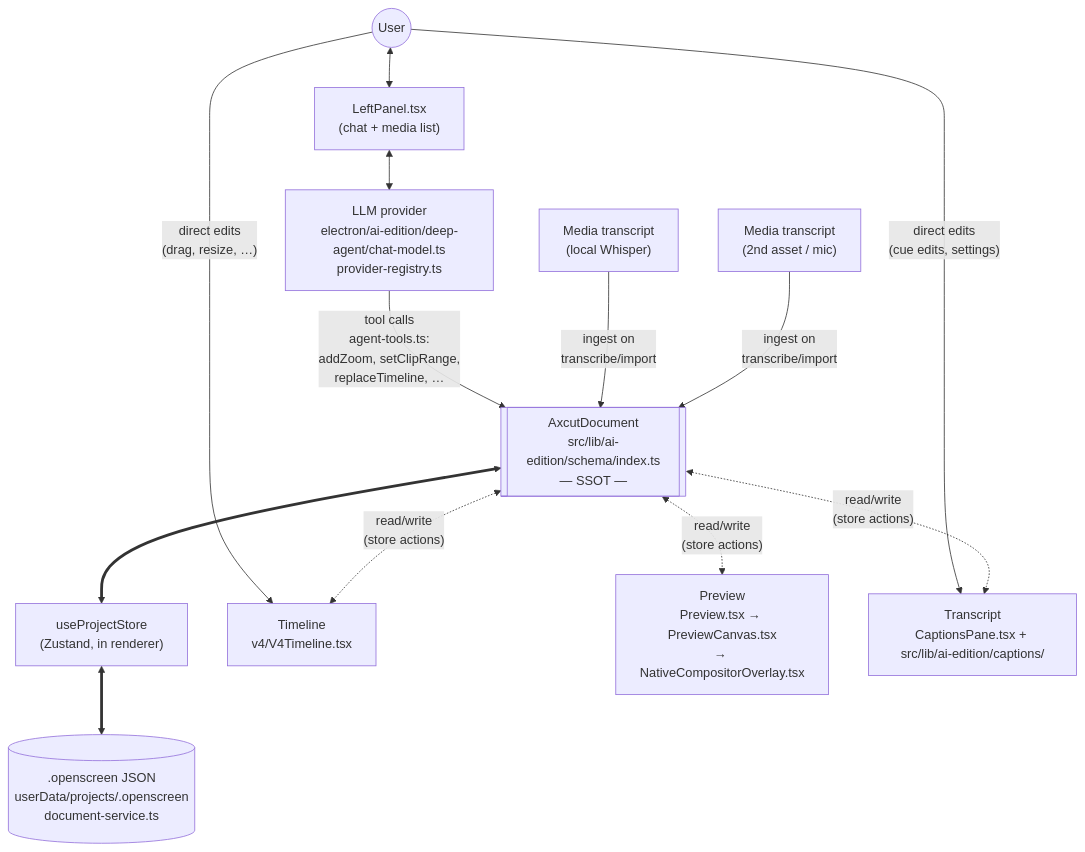
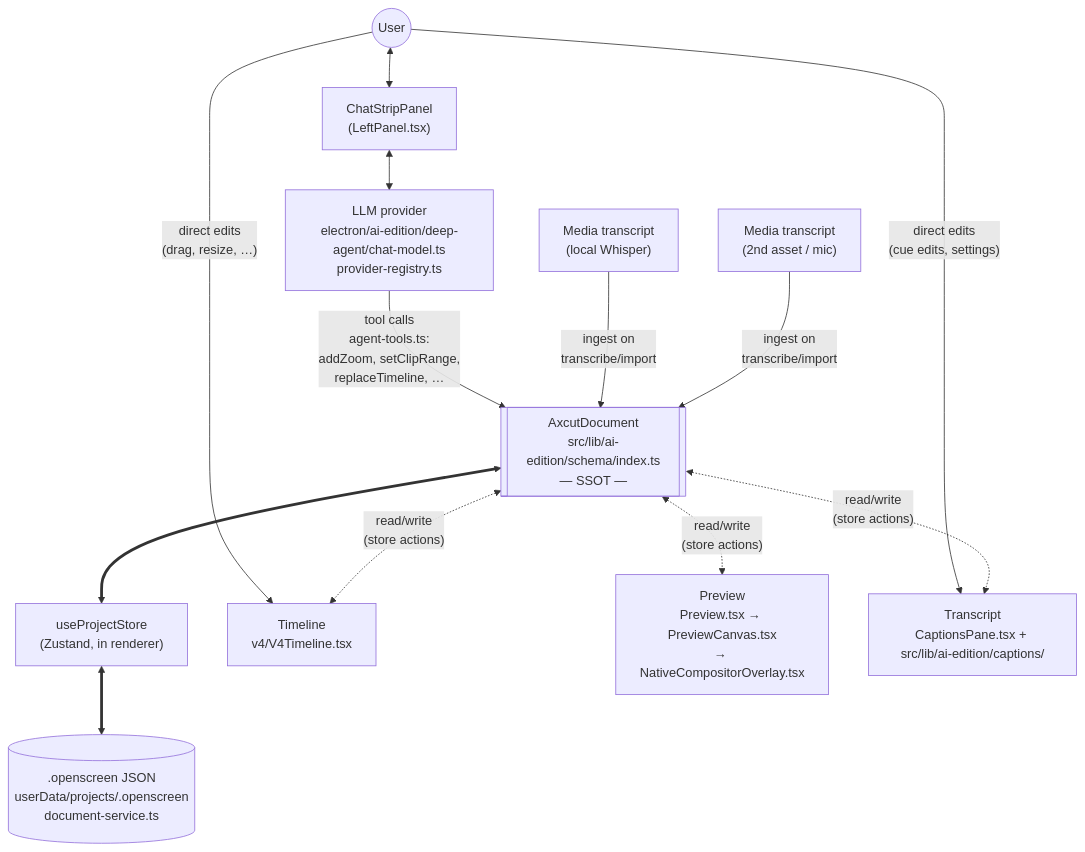
One commit to EtienneLescot/openscreen changed the second of 2 diagrams in technical-documentation/architecture/overview.md. Above: the diagram before and after it, drawn with Mermaid. The commit also changed 41 other files, not shown here.

````diff
--- a/technical-documentation/architecture/overview.md
+++ b/technical-documentation/architecture/overview.md
@@ -63,33 +63,33 @@
 ```mermaid
 flowchart TD
     User(("User"))
-    Chat["LeftPanel.tsx<br/>(chat + media list)"]
+    Chat["ChatStripPanel<br/>(LeftPanel.tsx)"]
     LLM["LLM provider<br/>electron/ai-edition/deep-agent/chat-model.ts<br/>provider-registry.ts"]
     DSL[["AxcutDocument<br/>src/lib/ai-edition/schema/index.ts<br/>— SSOT —"]]
     Store["useProjectStore<br/>(Zustand, in renderer)"]
     Disk[(".openscreen JSON<br/>userData/projects/<id>.openscreen<br/>document-service.ts")]
 
     MT1["Media transcript<br/>(local Whisper)"]
     MT2["Media transcript<br/>(2nd asset / mic)"]
 
     Timeline["Timeline<br/>v4/V4Timeline.tsx"]
     VPreview["Preview<br/>Preview.tsx → PreviewCanvas.tsx<br/>→ NativeCompositorOverlay.tsx"]
     VTranscript["Transcript<br/>CaptionsPane.tsx + src/lib/ai-edition/captions/"]
 
     User <--> Chat
     Chat <--> LLM
     LLM -- "tool calls<br/>agent-tools.ts:<br/>addZoom, setClipRange,<br/>replaceTimeline, …" --> DSL
 
     MT1 -- "ingest on<br/>transcribe/import" --> DSL
     MT2 -- "ingest on<br/>transcribe/import" --> DSL
 
     User -- "direct edits<br/>(drag, resize, …)" --> Timeline
     User -- "direct edits<br/>(cue edits, settings)" --> VTranscript
 
     DSL <==> Store
     Store <==> Disk
 
     DSL <-.->|"read/write<br/>(store actions)"| Timeline
     DSL <-.->|"read/write<br/>(store actions)"| VPreview
     DSL <-.->|"read/write<br/>(store actions)"| VTranscript
 ```
````
